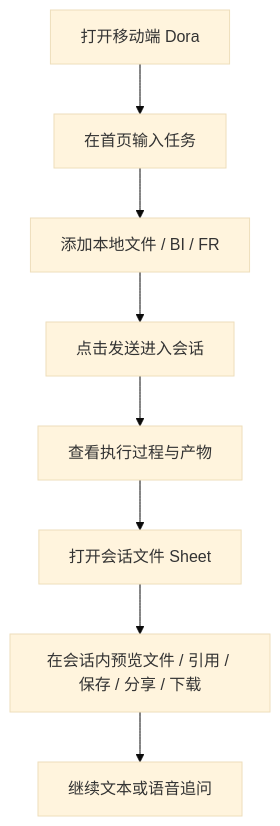
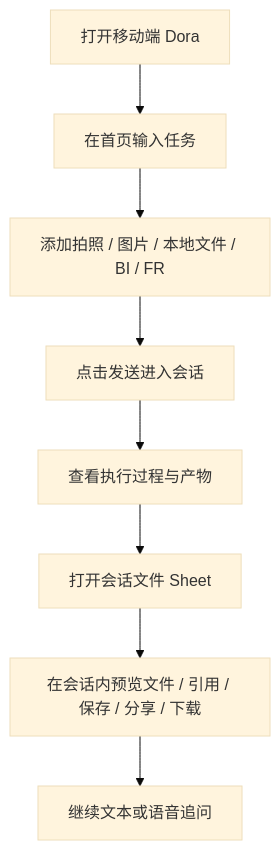
The first of 5 diagrams in dora-mobile-newux/interaction-spec.md (zui-luo/dorauxdemo), drawn with Mermaid (base theme) before and after one commit. The commit also changed other lines of this file and 1 other file, not shown here.

````diff
--- a/dora-mobile-newux/interaction-spec.md
+++ b/dora-mobile-newux/interaction-spec.md
@@ -19,10 +20,10 @@
 ```mermaid
 flowchart TD
   A["打开移动端 Dora"] --> B["在首页输入任务"]
-  B --> C["添加本地文件 / BI / FR"]
+  B --> C["添加拍照 / 图片 / 本地文件 / BI / FR"]
   C --> D["点击发送进入会话"]
   D --> E["查看执行过程与产物"]
   E --> F["打开会话文件 Sheet"]
   F --> G["在会话内预览文件 / 引用 / 保存 / 分享 / 下载"]
   G --> H["继续文本或语音追问"]
 ```
````
